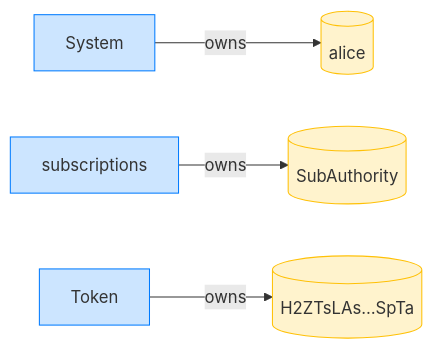
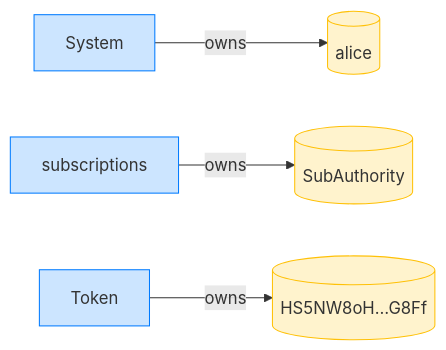
One commit to cds-rs/subscriptions changed the fourth of 8 diagrams in dsl_tests/create-a-fixed-delegation.md. Above: the diagram before and after it, drawn with Mermaid. The commit also changed other lines of this file and 224 other files, not shown here.

````diff
--- a/dsl_tests/create-a-fixed-delegation.md
+++ b/dsl_tests/create-a-fixed-delegation.md
@@ -71,14 +76,14 @@
 ```mermaid
 flowchart LR
     classDef owner fill:#cce5ff,stroke:#007bff;
     classDef account fill:#fff3cd,stroke:#ffc107;
     System[System]:::owner
     alice[(alice)]:::account
     subscriptions[subscriptions]:::owner
     SubAuthority[(SubAuthority)]:::account
     Token[Token]:::owner
-    H2ZTsLAs_SpTa[("H2ZTsLAs…SpTa")]:::account
+    HS5NW8oH_G8Ff[("HS5NW8oH…G8Ff")]:::account
     System -->|owns| alice
     subscriptions -->|owns| SubAuthority
-    Token -->|owns| H2ZTsLAs_SpTa
+    Token -->|owns| HS5NW8oH_G8Ff
 ```
````
